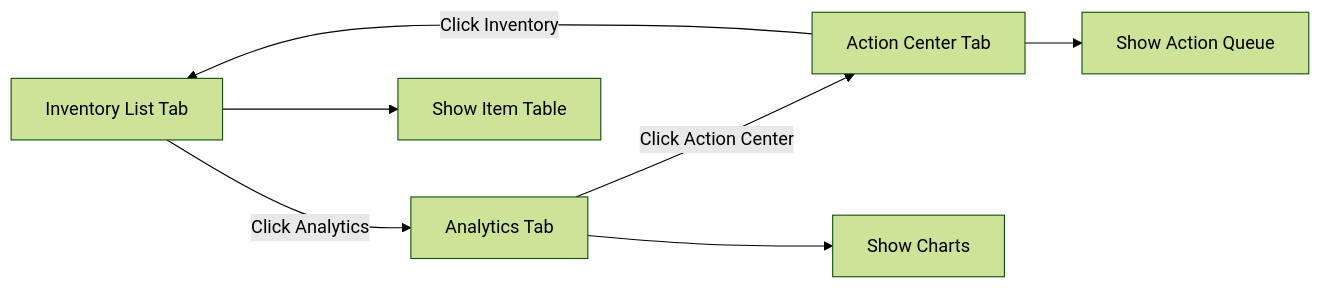
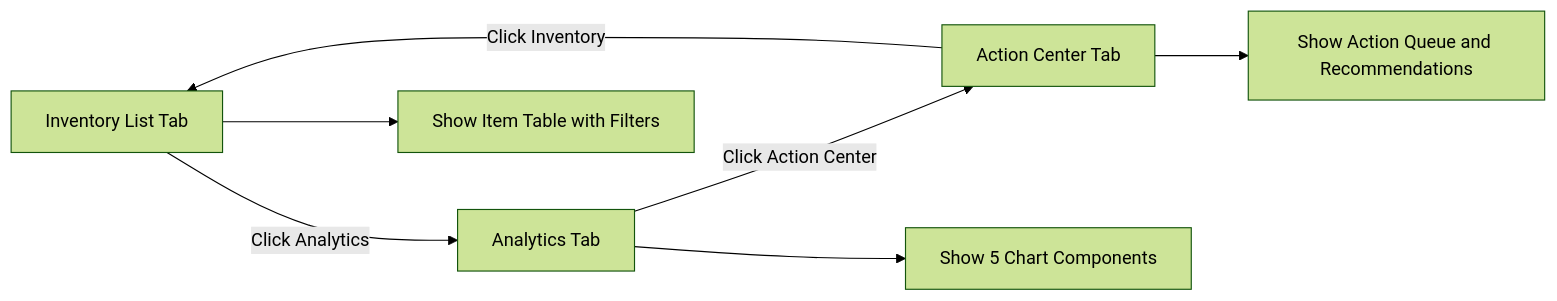
The seventh of 23 diagrams in docs/app/inventory-management/stock-overview/inventory-aging/FD-inventory-aging.md (PeakMNA/carmen), drawn with Mermaid (forest theme) before and after one commit. The commit also changed other lines of this file and 473 other files, not shown here.

````diff
--- a/docs/app/inventory-management/stock-overview/inventory-aging/FD-inventory-aging.md
+++ b/docs/app/inventory-management/stock-overview/inventory-aging/FD-inventory-aging.md
@@ -121,10 +165,10 @@
 ```mermaid
-flowchart LR
+graph LR
     A[Inventory List Tab] -->|Click Analytics| B[Analytics Tab]
     B -->|Click Action Center| C[Action Center Tab]
     C -->|Click Inventory| A
 
-    A --> D[Show Item Table]
-    B --> E[Show Charts]
-    C --> F[Show Action Queue]
+    A --> D[Show Item Table with Filters]
+    B --> E[Show 5 Chart Components]
+    C --> F[Show Action Queue and Recommendations]
 ```
````
